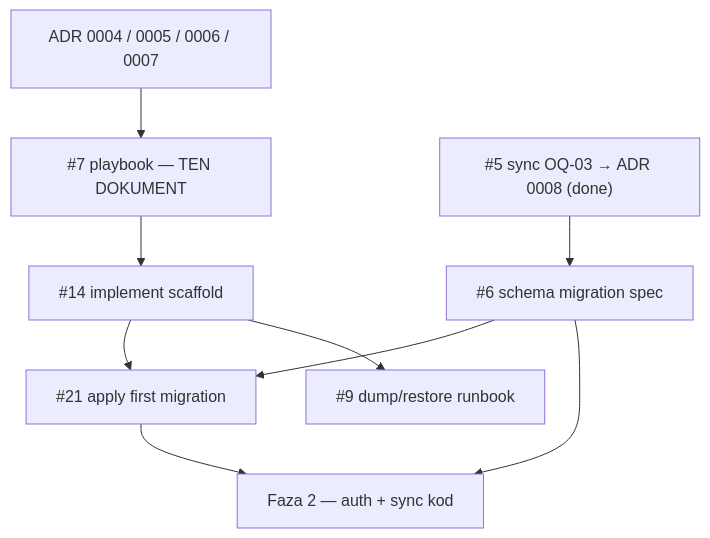
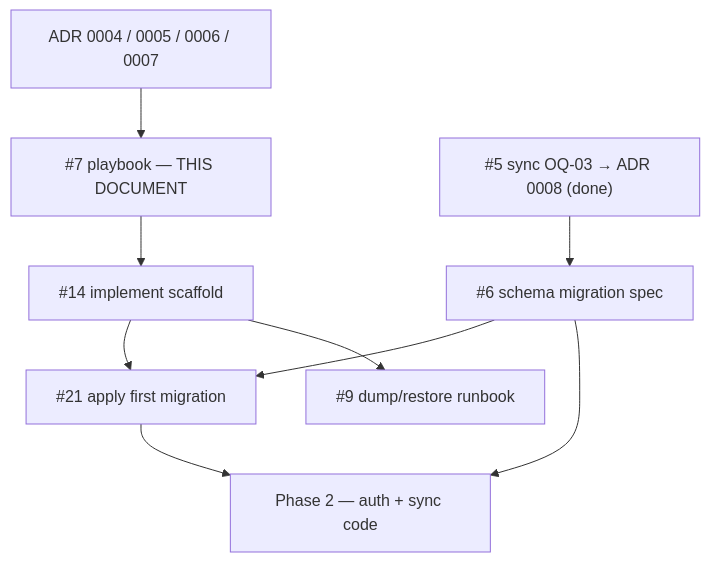
Before and after one commit to MarekBiolik/GymManager: the diagram in docs/plans/phase-1-scaffold-playbook.md, drawn with Mermaid. The commit also changed other lines of this file and 29 other files, not shown here.

First line of the commit message:
docs: translate architecture foundations to English

````diff
--- a/docs/plans/phase-1-scaffold-playbook.md
+++ b/docs/plans/phase-1-scaffold-playbook.md
@@ -37,20 +37,20 @@
 ```mermaid
 flowchart TD
   adr["ADR 0004 / 0005 / 0006 / 0007"]
-  playbook["#7 playbook — TEN DOKUMENT"]
+  playbook["#7 playbook — THIS DOCUMENT"]
   sync["#5 sync OQ-03 → ADR 0008 (done)"]
   schema["#6 schema migration spec"]
   impl["#14 implement scaffold"]
   mig["#21 apply first migration"]
   dump["#9 dump/restore runbook"]
-  phase2["Faza 2 — auth + sync kod"]
+  phase2["Phase 2 — auth + sync code"]
 
   adr --> playbook
   playbook --> impl
   sync --> schema
   schema --> mig
   impl --> mig
   impl --> dump
   mig --> phase2
   schema --> phase2
 ```
````
